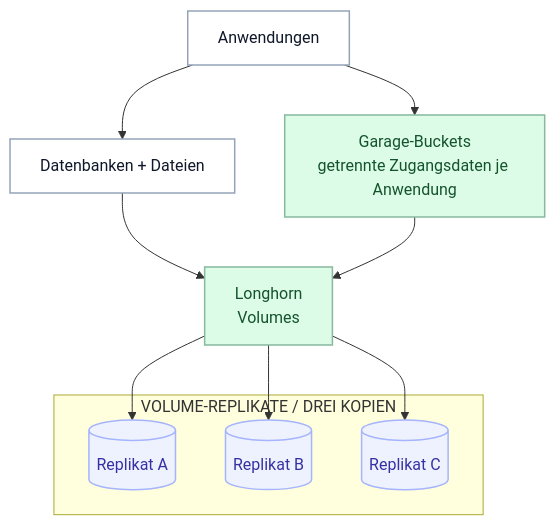
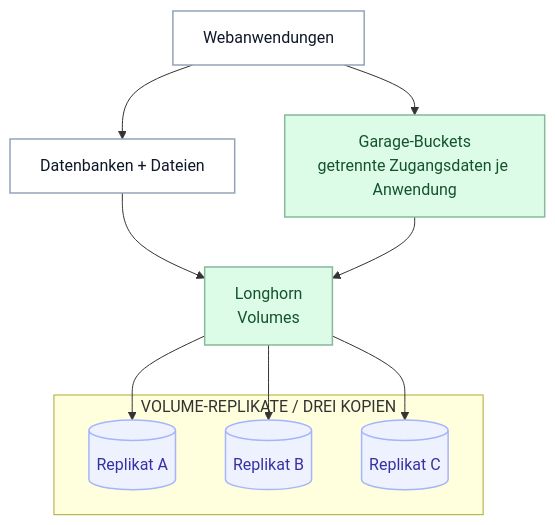
One commit to Paul1404/astro-portfolio changed the diagram in docs/diagrams/vertex/de-storage.mmd. Above: the diagram before and after it, drawn with Mermaid. The commit also changed 20 other files, not shown here.

Commit message:
Document the Stalwart migration and shared mail architecture on Vertex

```diff
--- a/docs/diagrams/vertex/de-storage.mmd
+++ b/docs/diagrams/vertex/de-storage.mmd
@@ -1,20 +1,20 @@
 flowchart TB
-  accTitle: Persistente Daten auf Vertex
-  accDescr: Anwendungen nutzen Datenbanken und Dateien auf Longhorn<br/>Volumes, einige zusätzlich S3-kompatible Garage-Buckets. Auch Garage-Daten liegen auf Longhorn. Longhorn hält drei Volume-Replikate auf Cluster-Knoten.
-  Apps["Anwendungen"]:::workload
+  accTitle: Webanwendungsdaten auf Vertex
+  accDescr: Webanwendungen nutzen Datenbanken und Dateien auf Longhorn<br/>Volumes, einige zusätzlich S3-kompatible Garage-Buckets. Auch Garage-Daten liegen auf Longhorn. Longhorn hält drei Volume-Replikate auf Cluster-Knoten.
+  Apps["Webanwendungen"]:::workload
   DB["Datenbanken + Dateien"]:::workload
   Obj["Garage-Buckets<br/>getrennte Zugangsdaten je Anwendung"]:::storage
   Vol["Longhorn<br/>Volumes"]:::storage
   subgraph copies["VOLUME-REPLIKATE / DREI KOPIEN"]
     A[("Replikat A")]:::copy
     B[("Replikat B")]:::copy
     C[("Replikat C")]:::copy
   end
   Apps --> DB --> Vol
   Apps --> Obj --> Vol
   Vol --> A
   Vol --> B
   Vol --> C
   classDef workload fill:#ffffff,stroke:#94a3b8,color:#0f172a,stroke-width:1.5px
   classDef storage fill:#dcfce7,stroke:#86b99e,color:#14532d,stroke-width:1.5px
   classDef copy fill:#eef2ff,stroke:#a5b4fc,color:#3730a3,stroke-width:1.5px
```
